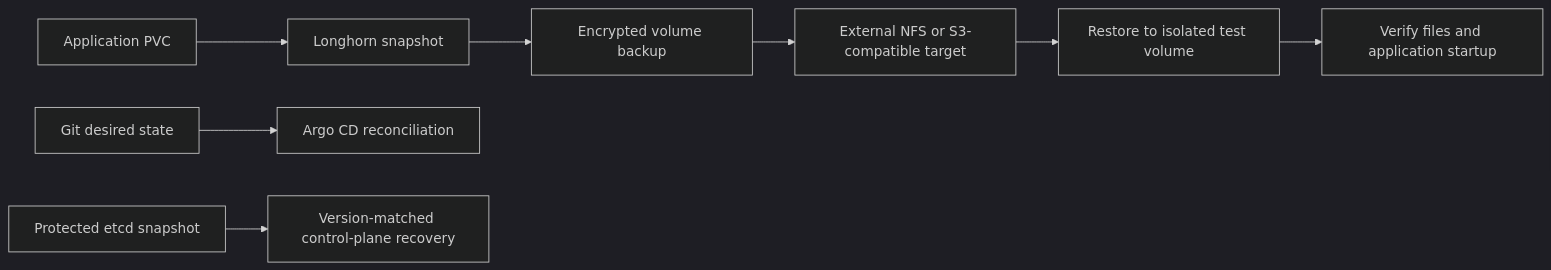
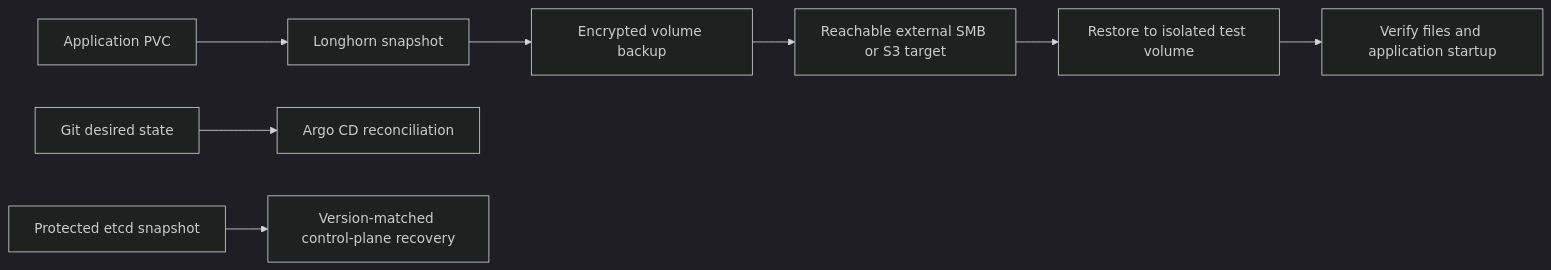
Before and after one commit to egyhaty/karm-devops: the diagram in docs/storage-and-recovery.md, drawn with Mermaid (dark theme). The commit also changed other lines of this file, not shown here.

Commit message:
docs: record SMB reachability and recovery prerequisites

````diff
--- a/docs/storage-and-recovery.md
+++ b/docs/storage-and-recovery.md
@@ -19,10 +19,10 @@
 ```mermaid
 flowchart LR
   App[Application PVC] --> Snapshot[Longhorn snapshot]
   Snapshot --> Encrypt[Encrypted volume backup]
-  Encrypt --> Target[External NFS or S3-compatible target]
+  Encrypt --> Target[Reachable external SMB or S3 target]
   Target --> Restore[Restore to isolated test volume]
   Restore --> Verify[Verify files and application startup]
   Git[Git desired state] --> Reconcile[Argo CD reconciliation]
   Etcd[Protected etcd snapshot] --> ControlPlane[Version-matched control-plane recovery]
 ```
````
